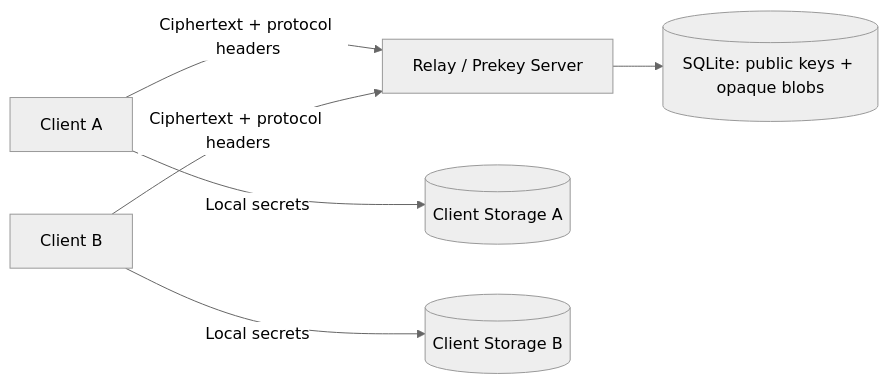
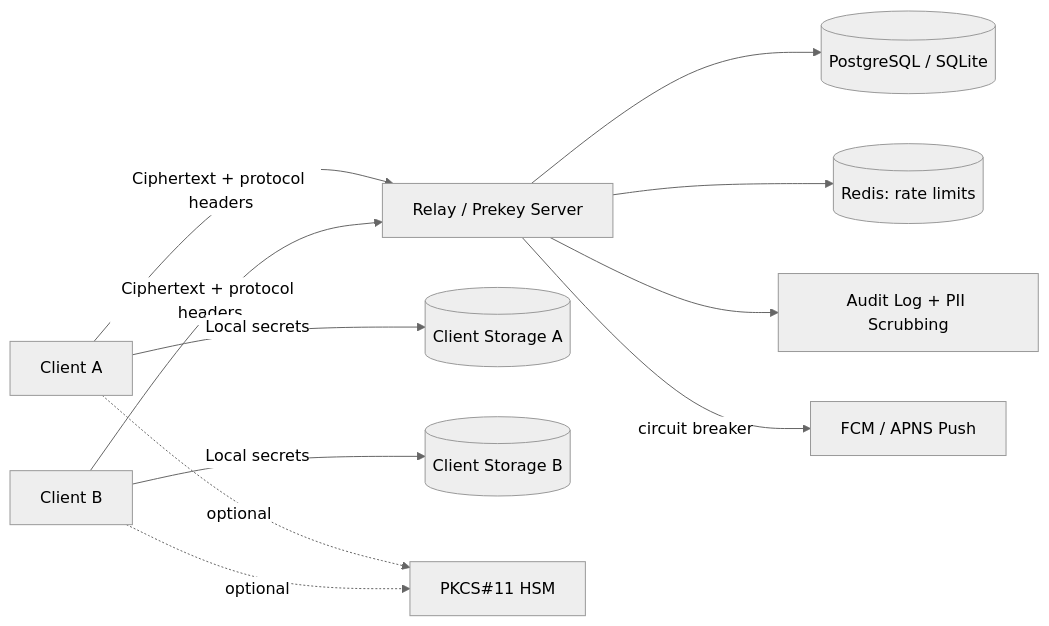
Before and after one commit to ErenAri/post-quantum-messaging-app: the diagram in docs/THREAT_MODEL.md, drawn with Mermaid (neutral theme). The commit also changed other lines of this file and 8 other files, not shown here.

````diff
--- a/docs/THREAT_MODEL.md
+++ b/docs/THREAT_MODEL.md
@@ -27,8 +27,13 @@
 ```mermaid
 flowchart LR
     A[Client A] -->|Ciphertext + protocol headers| R[Relay / Prekey Server]
     B[Client B] -->|Ciphertext + protocol headers| R
     A -->|Local secrets| SA[(Client Storage A)]
     B -->|Local secrets| SB[(Client Storage B)]
-    R --> DB[(SQLite: public keys + opaque blobs)]
+    A -.->|optional| HSM[PKCS#11 HSM]
+    B -.->|optional| HSM
+    R --> DB[(PostgreSQL / SQLite)]
+    R --> RD[(Redis: rate limits)]
+    R --> AL[Audit Log + PII Scrubbing]
+    R -->|circuit breaker| PN[FCM / APNS Push]
 ```
````
